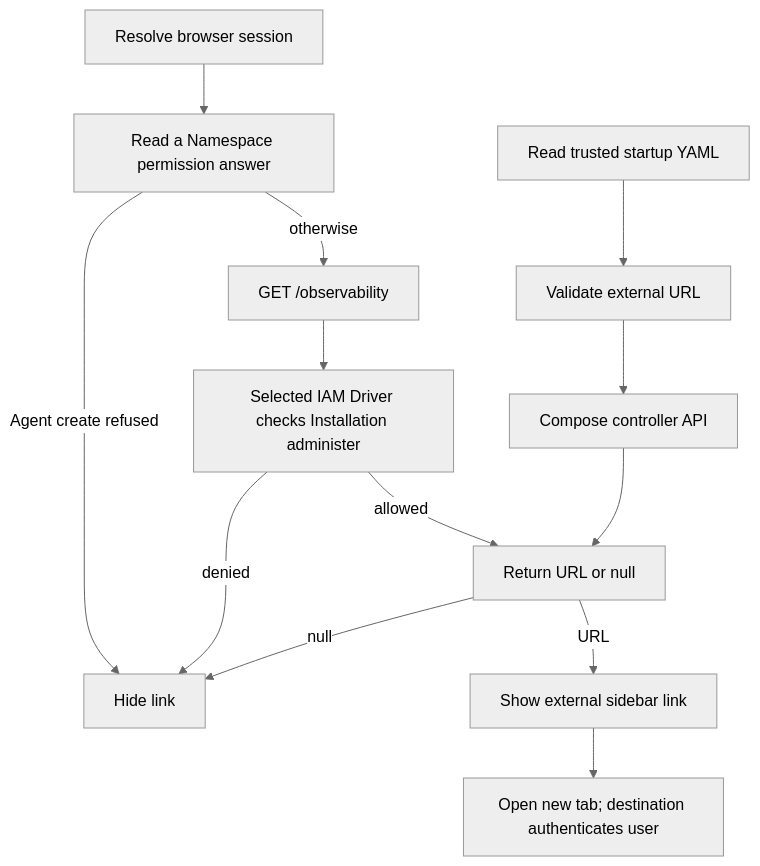
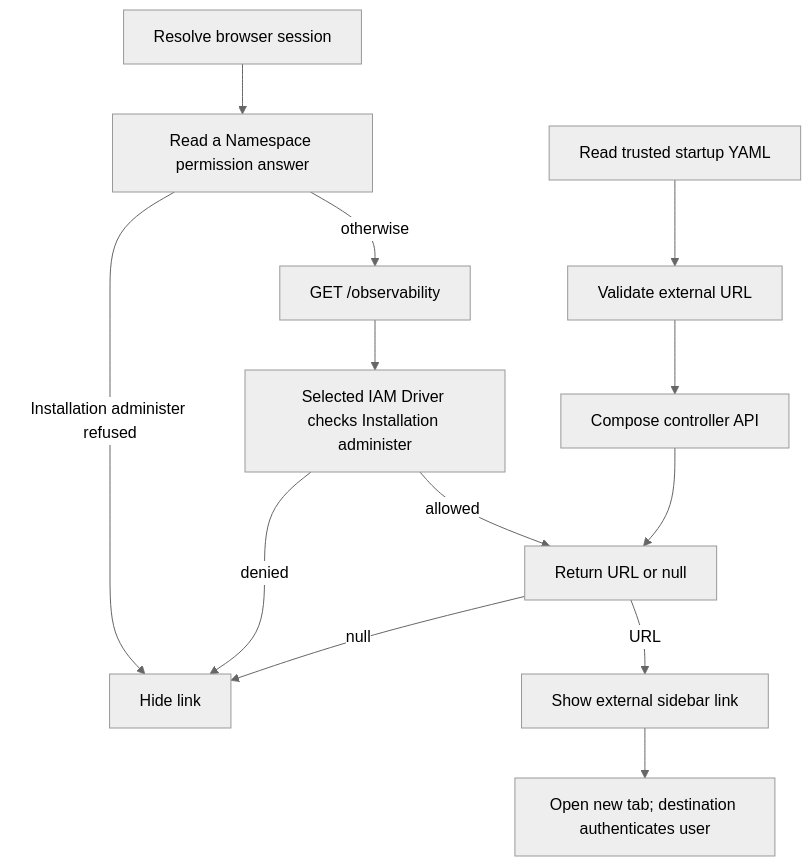
The diagram in docs/flows/platform-console/observability-link.md (openclaw/openclaw-enterprise), drawn with Mermaid (neutral theme) before and after one commit. The commit also changed other lines of this file and 13 other files, not shown here.

````diff
--- a/docs/flows/platform-console/observability-link.md
+++ b/docs/flows/platform-console/observability-link.md
@@ -23,15 +23,15 @@
 ```mermaid
 graph TD
   A["Read trusted startup YAML"] --> B["Validate external URL"]
   B --> C["Compose controller API"]
   D["Resolve browser session"] --> K["Read a Namespace permission answer"]
-  K -->|Agent create refused| H
+  K -->|Installation administer refused| H
   K -->|otherwise| E["GET /observability"]
   E --> F["Selected IAM Driver checks Installation administer"]
   F -->|allowed| G["Return URL or null"]
   F -->|denied| H["Hide link"]
   G -->|URL| I["Show external sidebar link"]
   G -->|null| H
   C --> G
   I --> J["Open new tab; destination authenticates user"]
 ```
````
